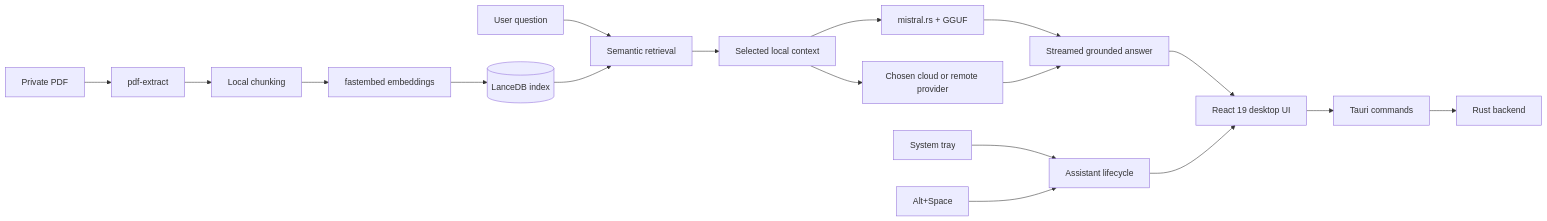
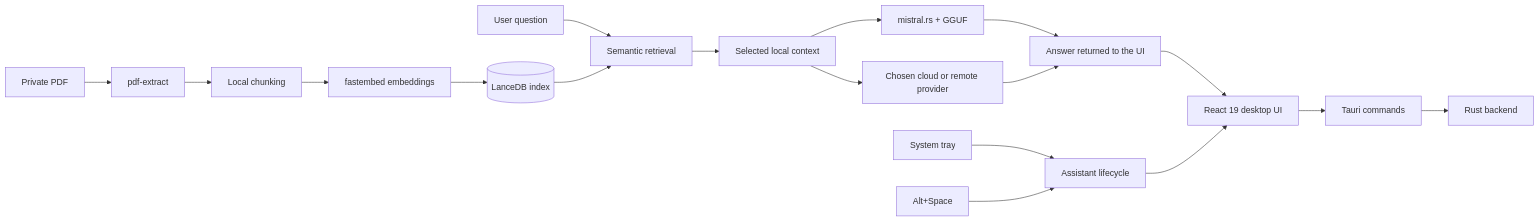
One commit to Waqar-743/DocuSage changed the diagram in README.md. Above: the diagram before and after it, drawn with Mermaid. The commit also changed other lines of this file and 83 other files, not shown here.

````diff
--- a/README.md
+++ b/README.md
@@ -62,23 +65,23 @@
 ```mermaid
 flowchart LR
     UI[React 19 desktop UI] --> CMD[Tauri commands]
     CMD --> RUST[Rust backend]
 
     PDF[Private PDF] --> PARSE[pdf-extract]
     PARSE --> CHUNK[Local chunking]
     CHUNK --> EMBED[fastembed embeddings]
     EMBED --> DB[(LanceDB index)]
     QUESTION[User question] --> SEARCH[Semantic retrieval]
     DB --> SEARCH
     SEARCH --> CONTEXT[Selected local context]
 
     CONTEXT --> LOCAL[mistral.rs + GGUF]
     CONTEXT --> REMOTE[Chosen cloud or remote provider]
-    LOCAL --> STREAM[Streamed grounded answer]
+    LOCAL --> STREAM[Answer returned to the UI]
     REMOTE --> STREAM
     STREAM --> UI
 
     TRAY[System tray] --> LIFE[Assistant lifecycle]
     HOTKEY[Alt+Space] --> LIFE
     LIFE --> UI
 ```
````
